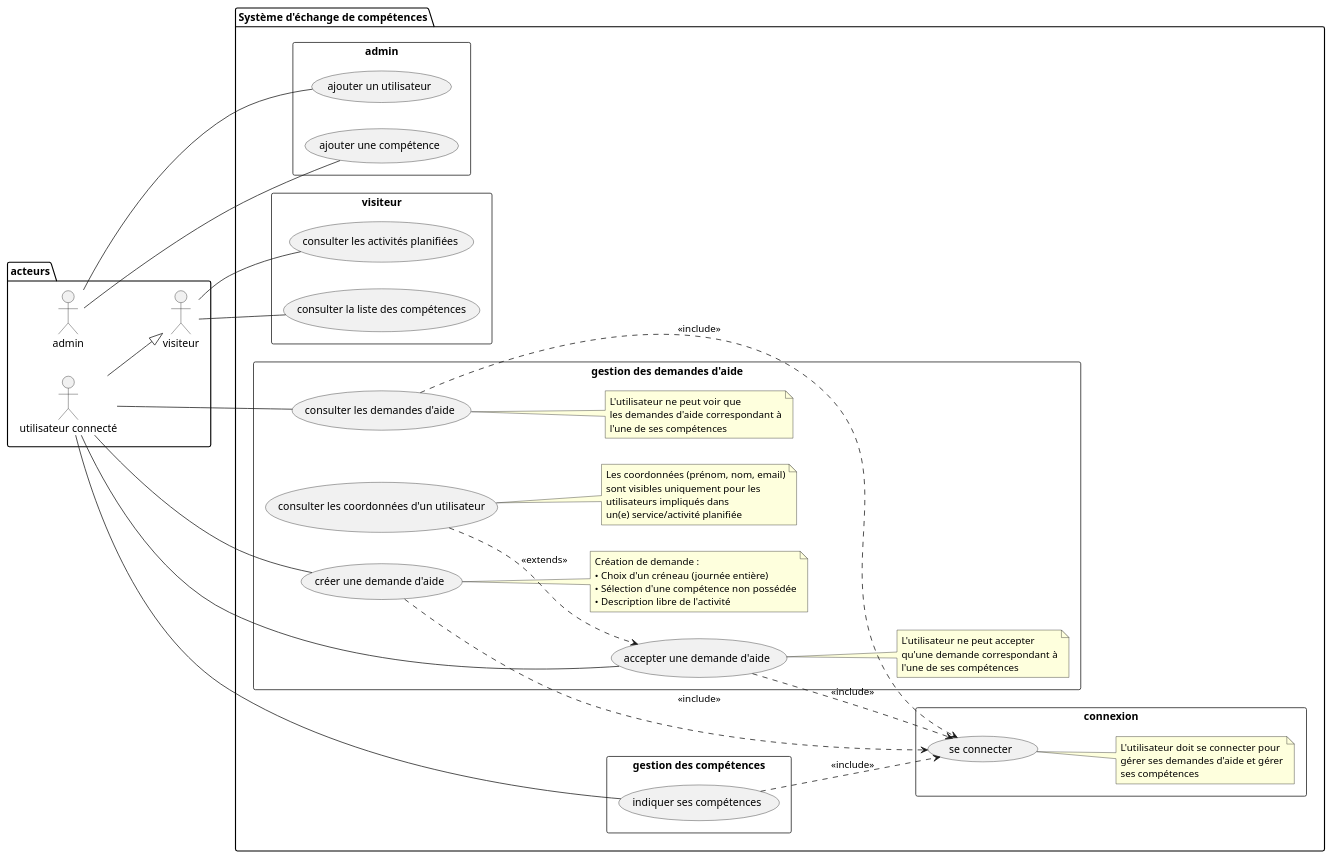
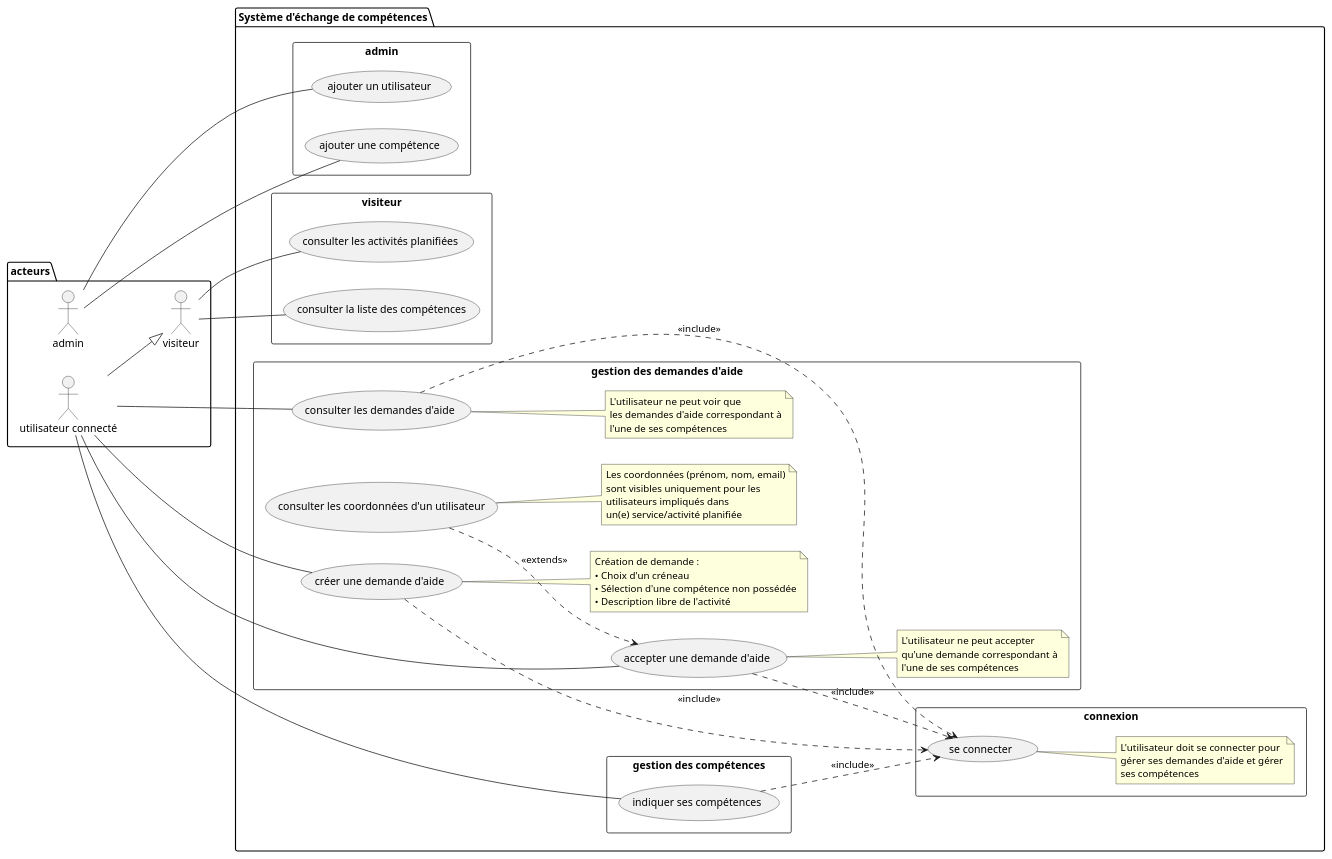
One commit to AmandineGrardLaurent/python_eval_echange_de_competences changed the diagram in echange_de_competences/docs/use_case_diagram.puml. Above: the diagram before and after it, drawn with PlantUML.

Commit message:
modification mineure du diagramme des cas d'utilisation

```diff
--- a/echange_de_competences/docs/use_case_diagram.puml
+++ b/echange_de_competences/docs/use_case_diagram.puml
@@ -1,97 +1,91 @@
 @startuml use case diagram
 
 left to right direction
 
 package acteurs {
     actor visiteur as VISITOR
     actor "utilisateur connecté" as USER_CONNECTED
     actor admin as ADMIN
 }
 
 USER_CONNECTED --|> VISITOR
 
 
 package "Système d'échange de compétences" {
 
     rectangle "admin" {
     usecase "ajouter une compétence" as CREATE_SKILL
     usecase "ajouter un utilisateur" as CREATE_USER
     }
 
     rectangle "visiteur" {
     usecase "consulter les activités planifiées" as VIEW_PLANNED
     usecase "consulter la liste des compétences" as VIEW_SKILLS
     }
 
     rectangle "connexion" {
     usecase "se connecter" as CONNECT
 
     note right of CONNECT
       L'utilisateur doit se connecter pour
       gérer ses demandes d'aide et gérer
       ses compétences
     end note
     }
 
     rectangle "gestion des demandes d'aide" {
     usecase "créer une demande d'aide" as CREATE_HELP_REQUEST
     usecase "consulter les demandes d'aide" as VIEW_HELP_REQUESTS
     usecase "accepter une demande d'aide" as ACCEPT_HELP_REQUEST
     usecase "consulter les coordonnées d'un utilisateur" as VIEW_USER_CONTACT
 
     note right of VIEW_USER_CONTACT
       Les coordonnées (prénom, nom, email)
       sont visibles uniquement pour les
       utilisateurs impliqués dans
       un(e) service/activité planifiée
     end note
 
     note right of ACCEPT_HELP_REQUEST
       L'utilisateur ne peut accepter
       qu'une demande correspondant à
       l'une de ses compétences
     end note
 
     note right of VIEW_HELP_REQUESTS
       L'utilisateur ne peut voir que
       les demandes d'aide correspondant à
       l'une de ses compétences
     end note
 
     note right of CREATE_HELP_REQUEST
       Création de demande :
-      • Choix d'un créneau (journée entière)
+      • Choix d'un créneau
       • Sélection d'une compétence non possédée
       • Description libre de l'activité
     end note
     }
 
     rectangle "gestion des compétences"  {
     usecase "indiquer ses compétences" as SET_SKILLS
 
     }
 }
 
 ADMIN -- CREATE_SKILL
 ADMIN -- CREATE_USER
 VISITOR -- VIEW_PLANNED
 VISITOR -- VIEW_SKILLS
 
 USER_CONNECTED -- SET_SKILLS
 USER_CONNECTED -- CREATE_HELP_REQUEST
 USER_CONNECTED -- ACCEPT_HELP_REQUEST
 USER_CONNECTED -- VIEW_HELP_REQUESTS
 
-
 VIEW_USER_CONTACT ..> ACCEPT_HELP_REQUEST : <<extends>>
 SET_SKILLS ..> CONNECT : <<include>>
 CREATE_HELP_REQUEST ..> CONNECT : <<include>>
 ACCEPT_HELP_REQUEST ..> CONNECT : <<include>>
 VIEW_HELP_REQUESTS ..> CONNECT : <<include>>
 
-
-
-
-
-
 @enduml
```
